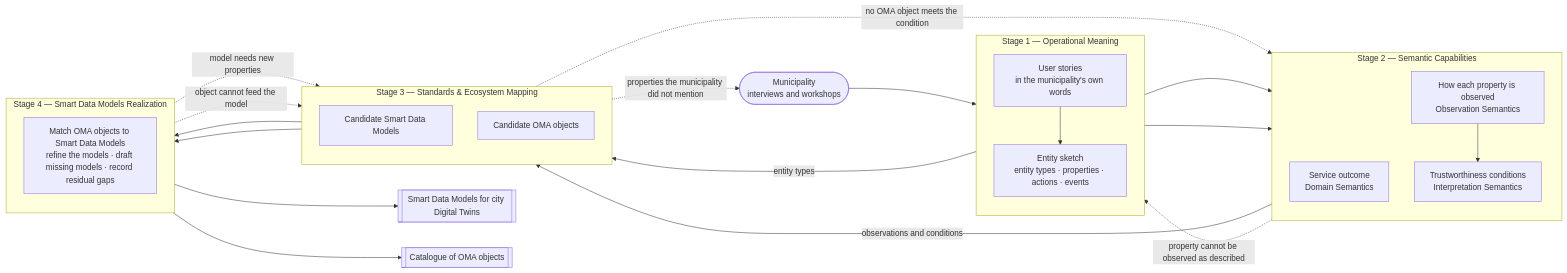
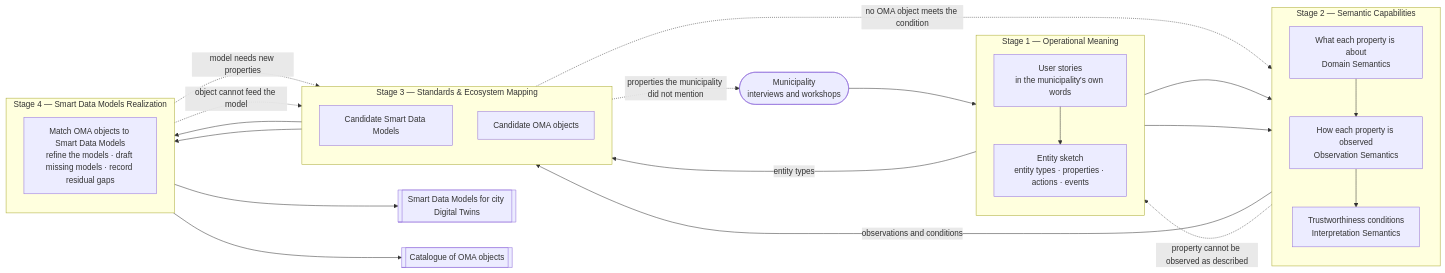
One commit to smartcities-sig/smartcities-sig changed the second of 2 diagrams in methodology/core-methodology/methodology-overview.md. Above: the diagram before and after it, drawn with Mermaid. The commit also changed other lines of this file and 1 other file, not shown here.

Commit message:
Apply all four semantic categories to the entity sketch in Stage 2
Stage 2 now classifies each entity-sketch property against Domain,
Observation and Interpretation Semantics, leaves the Operational
Semantics scope to the SIG, and states its output and its link to
Stage 4. Addresses Juanjo Hierro's review comment on #72.

````diff
--- a/methodology/core-methodology/methodology-overview.md
+++ b/methodology/core-methodology/methodology-overview.md
@@ -121,48 +121,48 @@
 ```mermaid
 %%{init: {'flowchart': {'curve': 'basis', 'htmlLabels': true}}}%%
 flowchart LR
     CITY(["Municipality<br/>interviews and workshops"])
 
     subgraph S1["Stage 1 — Operational Meaning"]
         direction TB
         A1["User stories<br/>in the municipality's own words"]
         B1["Entity sketch<br/>entity types · properties · actions · events"]
     end
 
     subgraph S2["Stage 2 — Semantic Capabilities"]
         direction TB
-        D2["Service outcome<br/>Domain Semantics"]
+        D2["What each property is about<br/>Domain Semantics"]
         C2["How each property is observed<br/>Observation Semantics"]
         C3["Trustworthiness conditions<br/>Interpretation Semantics"]
     end
 
     subgraph S3["Stage 3 — Standards & Ecosystem Mapping"]
         direction TB
         E1["Candidate Smart Data Models"]
         E4["Candidate OMA objects"]
     end
 
     subgraph S4["Stage 4 — Smart Data Models Realization"]
         direction TB
         F1["Match OMA objects to Smart Data Models<br/>refine the models · draft missing models · record residual gaps"]
     end
 
     OUT1[["Smart Data Models for city Digital Twins"]]
     OUT2[["Catalogue of OMA objects"]]
 
     CITY --> A1 --> B1
     A1 --> D2
-    B1 --> C2 --> C3
+    B1 --> D2 --> C2 --> C3
     B1 -- "entity types" --> E1
     C3 -- "observations and conditions" --> E4
     E1 --> F1
     E4 --> F1
     F1 --> OUT1
     F1 --> OUT2
 
     C2 -. "property cannot be observed as described" .-> B1
     E1 -. "properties the municipality did not mention" .-> CITY
     E4 -. "no OMA object meets the condition" .-> C3
     F1 -. "model needs new properties" .-> E1
     F1 -. "object cannot feed the model" .-> E4
 ```
````
